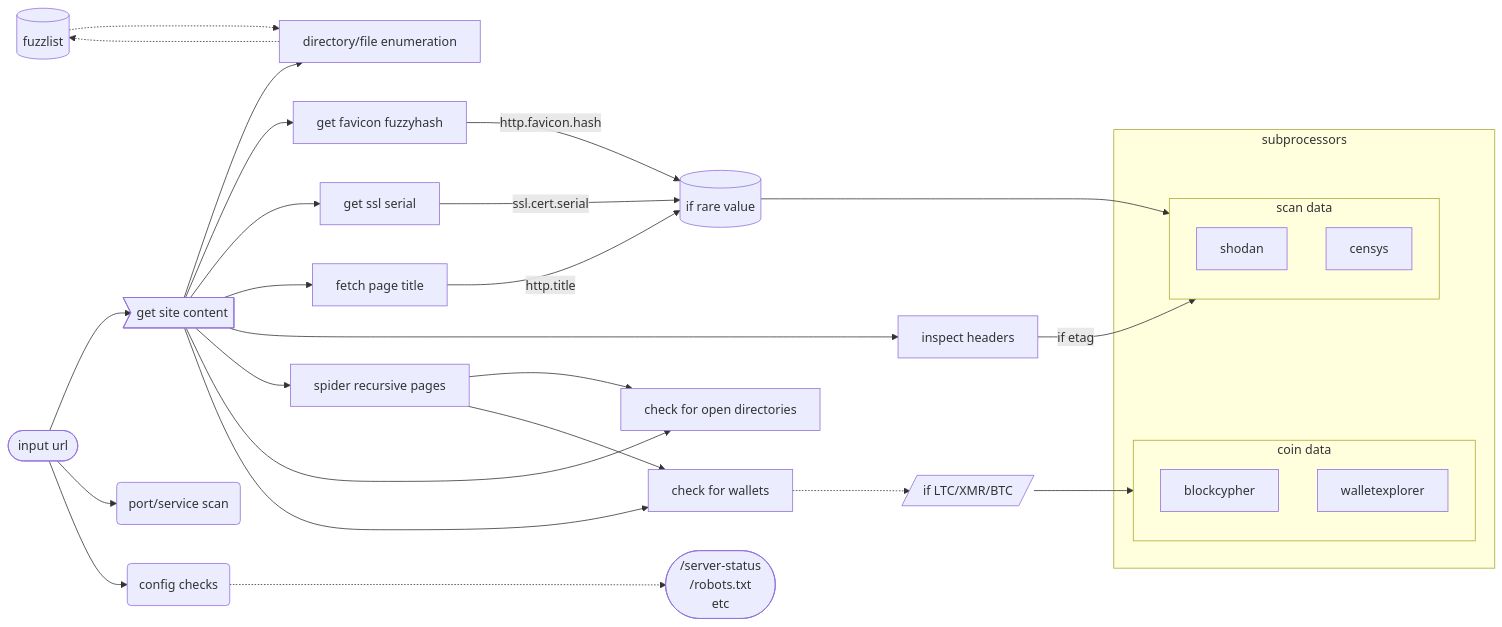
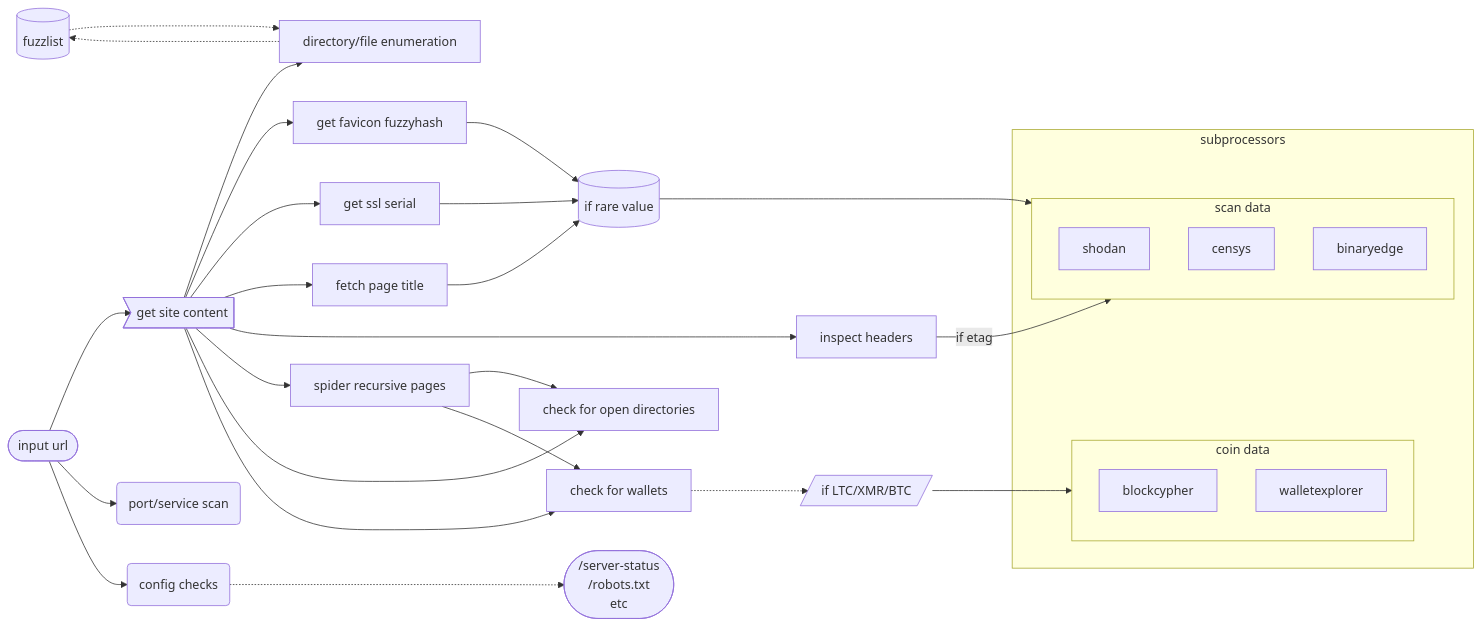
One commit to joshhighet/bebop changed the diagram in README.md. Above: the diagram before and after it, drawn with Mermaid. The commit also changed other lines of this file and 6 other files, not shown here.

````diff
--- a/README.md
+++ b/README.md
@@ -9,41 +9,42 @@
 ```mermaid
 graph LR
     subgraph subprocessors
         subgraph cryptocurrency[coin data]
         blockcypher
         walletexplorer
         end
         subgraph netscans[scan data]
         shodan
         censys
+        binaryedge
         end
     end
     lookupsaver[(if rare value)]
     fuzzlist[(fuzzlist)]
     opndir[check for open directories]
     cryptoc[check for wallets]
     checks([/server-status\n/robots.txt\netc])
     anchor([input url]) -->mainget>get site content]
     mainget --> fuzz[directory/file enumeration]
     fuzz -..-> fuzzlist
     fuzzlist -..-> fuzz
     anchor --> scan(port/service scan)
     anchor --> checker(config checks)
     checker -..-> checks
     mainget --> favicon[get favicon fuzzyhash]
     mainget --> sslserial[get ssl serial]
-    sslserial --> |ssl.cert.serial| lookupsaver
-    favicon --> |http.favicon.hash| lookupsaver
+    sslserial --> lookupsaver
+    favicon --> lookupsaver
     mainget --> title[fetch page title]
-    title --> |http.title| lookupsaver
+    title --> lookupsaver
     mainget --> headers[inspect headers]
     headers --> |if etag|netscans
     lookupsaver --> netscans
     mainget --> spider[spider recursive pages]
     mainget --> opndir
     spider --> opndir
     mainget --> cryptoc
     spider --> cryptoc
     cryptoc -..-> ifsupportedcoin[/if LTC/XMR/BTC/]
     ifsupportedcoin --> cryptocurrency
 ```
````
